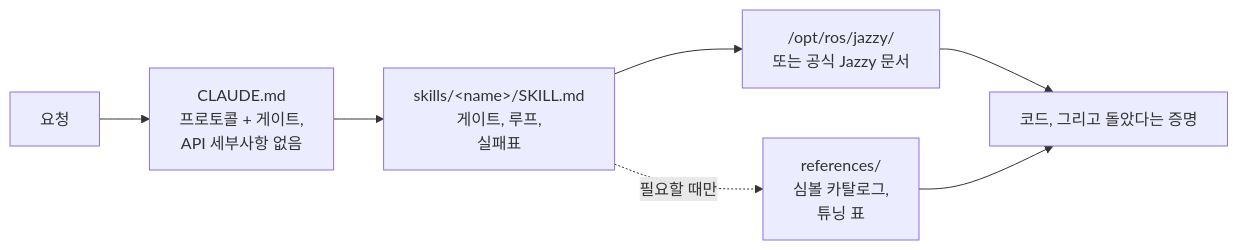
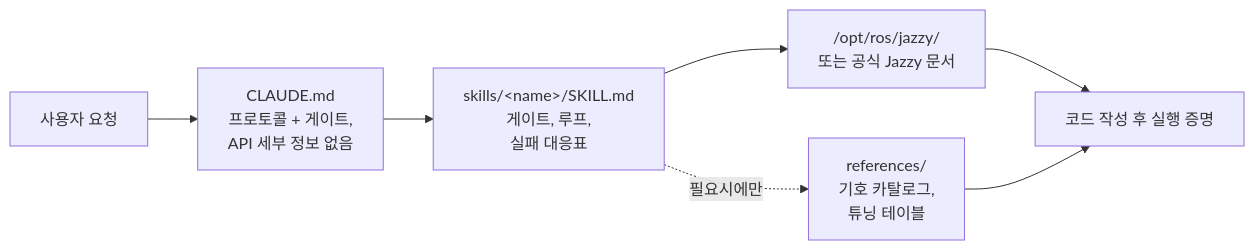
The diagram in README.ko.md (Leehyunbin0131/claude-ros2-skills), drawn with Mermaid before and after one commit. The commit also changed other lines of this file and 6 other files, not shown here.

````diff
--- a/README.ko.md
+++ b/README.ko.md
@@ -155,9 +155,9 @@
 ```mermaid
 flowchart LR
-    A["요청"] --> B["CLAUDE.md<br/>프로토콜 + 게이트,<br/>API 세부사항 없음"]
-    B --> C["skills/&lt;name&gt;/SKILL.md<br/>게이트, 루프,<br/>실패표"]
+    A["사용자 요청"] --> B["CLAUDE.md<br/>프로토콜 + 게이트,<br/>API 세부 정보 없음"]
+    B --> C["skills/&lt;name&gt;/SKILL.md<br/>게이트, 루프,<br/>실패 대응표"]
     C --> D["/opt/ros/jazzy/<br/>또는 공식 Jazzy 문서"]
-    C -.필요할 때만.-> R["references/<br/>심볼 카탈로그,<br/>튜닝 표"]
-    D --> E["코드, 그리고 돌았다는 증명"]
+    C -.필요시에만.-> R["references/<br/>기호 카탈로그,<br/>튜닝 테이블"]
+    D --> E["코드 작성 후 실행 증명"]
     R --> E
 ```
````
